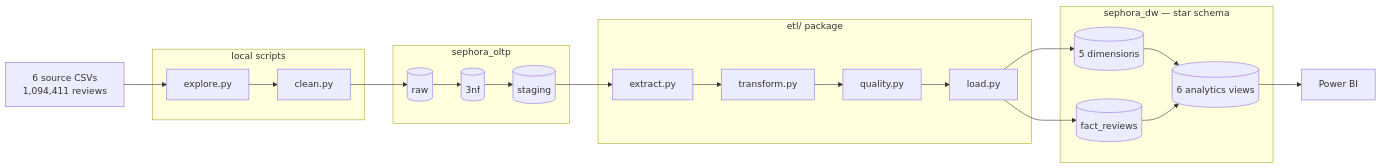
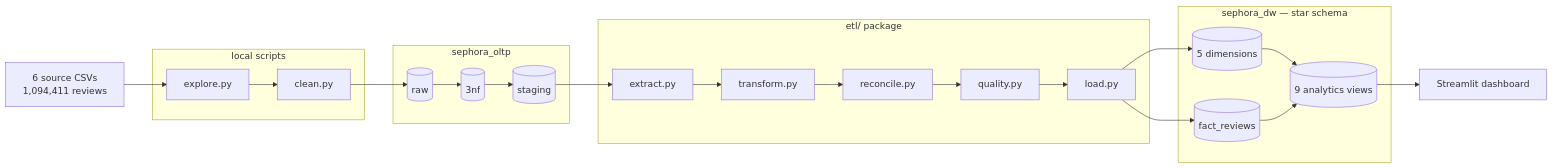
One commit to samekshya/sephora-analytics-pipeline changed the first of 2 diagrams in README.md. Above: the diagram before and after it, drawn with Mermaid. The commit also changed other lines of this file, not shown here.

First line of the commit message:
Reconcile README with what the project actually is

````diff
--- a/README.md
+++ b/README.md
@@ -47,38 +48,39 @@
 ```mermaid
 flowchart LR
     CSV["6 source CSVs<br/>1,094,411 reviews"]
 
     subgraph CLEAN["local scripts"]
         EXP["explore.py"]
         CLN["clean.py"]
     end
 
     subgraph OLTP["sephora_oltp"]
         RAW[("raw")]
         NF[("3nf")]
         STG[("staging")]
     end
 
     subgraph ETL["etl/ package"]
         EX["extract.py"]
         TR["transform.py"]
+        RC["reconcile.py"]
         QA["quality.py"]
         LD["load.py"]
     end
 
     subgraph DW["sephora_dw — star schema"]
         DIMS[("5 dimensions")]
         FACT[("fact_reviews")]
-        VIEWS[("6 analytics views")]
+        VIEWS[("9 analytics views")]
     end
 
-    BI["Power BI"]
+    BI["Streamlit dashboard"]
 
     CSV --> EXP --> CLN --> RAW --> NF --> STG
-    STG --> EX --> TR --> QA --> LD
+    STG --> EX --> TR --> RC --> QA --> LD
     LD --> DIMS
     LD --> FACT
     DIMS --> VIEWS
     FACT --> VIEWS
     VIEWS --> BI
 ```
````
